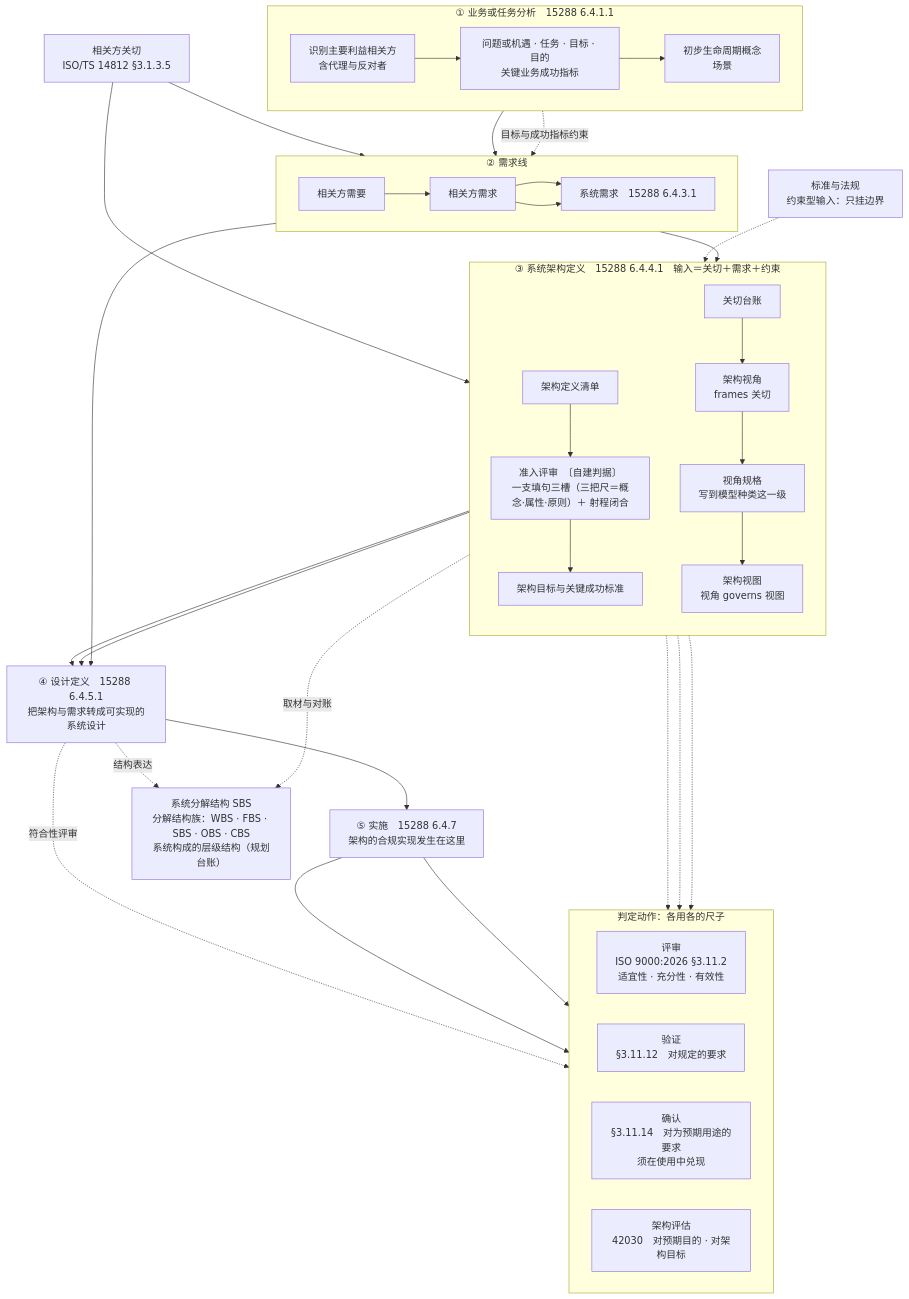
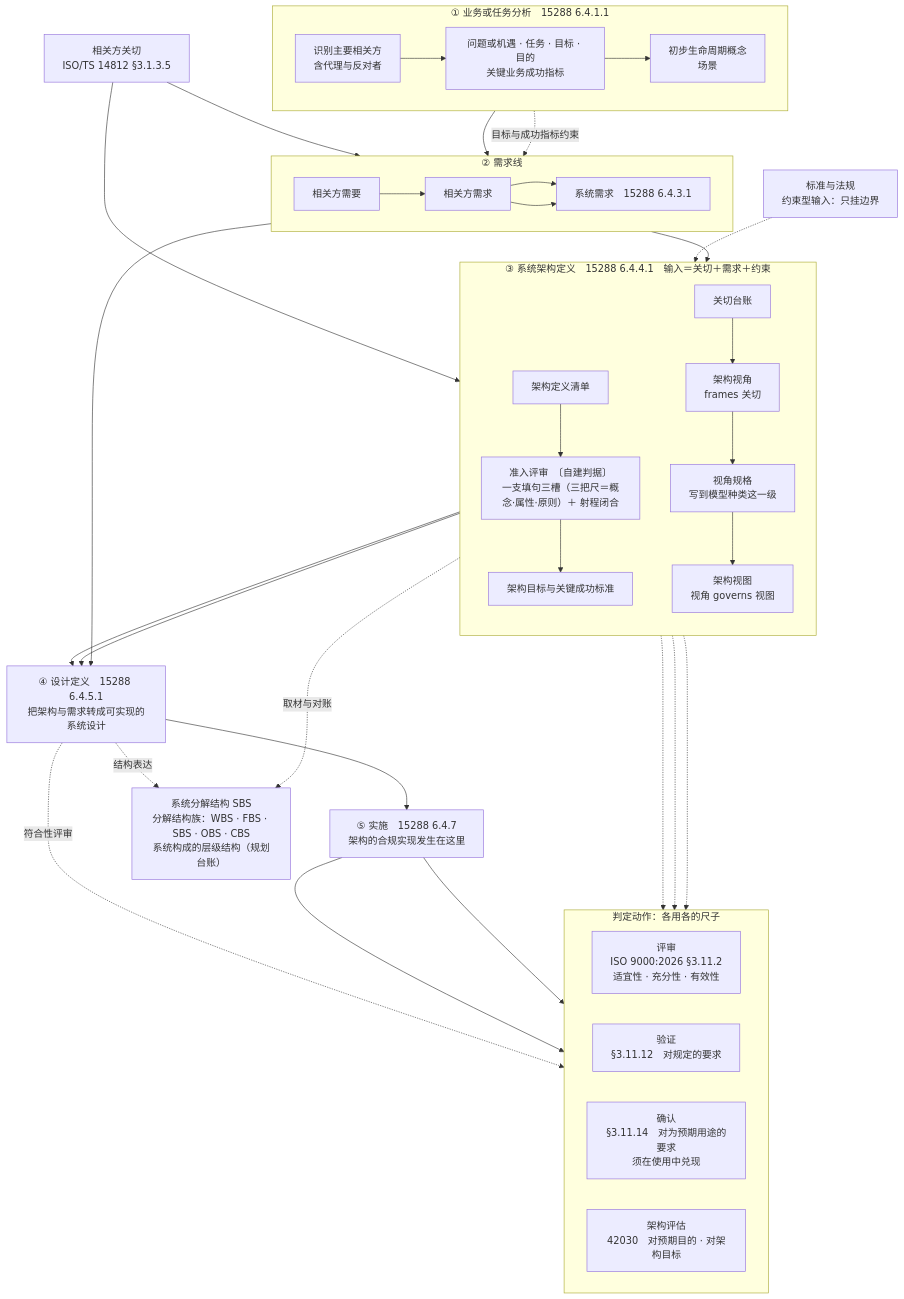
Before and after one commit to Yongjunzhou/business-Engineering: the first of 2 diagrams in 10-系统工程研究/00-系统工程相关研究报告/34-架构与设计过程模型研究报告-从术语定义到双线过程.md, drawn with Mermaid. The commit also changed other lines of this file and 69 other files, not shown here.

````diff
--- a/10-系统工程研究/00-系统工程相关研究报告/34-架构与设计过程模型研究报告-从术语定义到双线过程.md
+++ b/10-系统工程研究/00-系统工程相关研究报告/34-架构与设计过程模型研究报告-从术语定义到双线过程.md
@@ -479,67 +479,67 @@
 ```mermaid
 flowchart TD
   EXT["标准与法规<br/>约束型输入：只挂边界"]
   CON["相关方关切<br/>ISO/TS 14812 §3.1.3.5"]
 
   subgraph BMA["① 业务或任务分析　15288 6.4.1.1"]
     direction LR
-    B1["识别主要利益相关方<br/>含代理与反对者"]
+    B1["识别主要相关方<br/>含代理与反对者"]
     B2["问题或机遇 · 任务 · 目标 · 目的<br/>关键业务成功指标"]
     B3["初步生命周期概念<br/>场景"]
     B1 --> B2 --> B3
   end
 
   subgraph REQ["② 需求线"]
     direction LR
     Q1["相关方需要"]
     Q2["相关方需求"]
     Q3["系统需求　15288 6.4.3.1"]
     Q1 --> Q2 --> Q3
   end
 
   subgraph ARC["③ 系统架构定义　15288 6.4.4.1　输入＝关切＋需求＋约束"]
     direction TB
     C1["架构定义清单"]
     C2["准入评审　〔自建判据〕<br/>一支填句三槽（三把尺＝概念·属性·原则）＋ 射程闭合"]
     C3["关切台账"]
     C4["架构视角<br/>frames 关切"]
     C5["视角规格<br/>写到模型种类这一级"]
     C6["架构视图<br/>视角 governs 视图"]
     C7["架构目标与关键成功标准"]
     C1 --> C2 --> C7
     C3 --> C4 --> C5 --> C6
   end
 
   DES["④ 设计定义　15288 6.4.5.1<br/>把架构与需求转成可实现的系统设计"]
   IMP["⑤ 实施　15288 6.4.7<br/>架构的合规实现发生在这里"]
   PBS["系统分解结构 SBS<br/>分解结构族：WBS · FBS · SBS · OBS · CBS<br/>系统构成的层级结构（规划台账）"]
 
   B3 --> Q1
   B2 -. 目标与成功指标约束 .-> Q2
   CON --> Q2
   CON --> C3
   Q2 --> Q3
   Q3 --> C1
   Q3 --> DES
   C1 --> DES
   C6 --> DES
   DES --> IMP
 
   subgraph JDG["判定动作：各用各的尺子"]
     direction LR
     J1["评审<br/>ISO 9000:2026 §3.11.2<br/>适宜性 · 充分性 · 有效性"]
     J2["验证<br/>§3.11.12　对规定的要求"]
     J3["确认<br/>§3.11.14　对为预期用途的要求<br/>须在使用中兑现"]
     J4["架构评估<br/>42030　对预期目的 · 对架构目标"]
   end
 
   C2 -.-> J1
   C6 -.-> J1
   DES -. 符合性评审 .-> J1
   ARC -.-> J4
   IMP --> J2
   IMP --> J3
   C6 -. 取材与对账 .-> PBS
   DES -. 结构表达 .-> PBS
   EXT -.-> ARC
 ```
````
